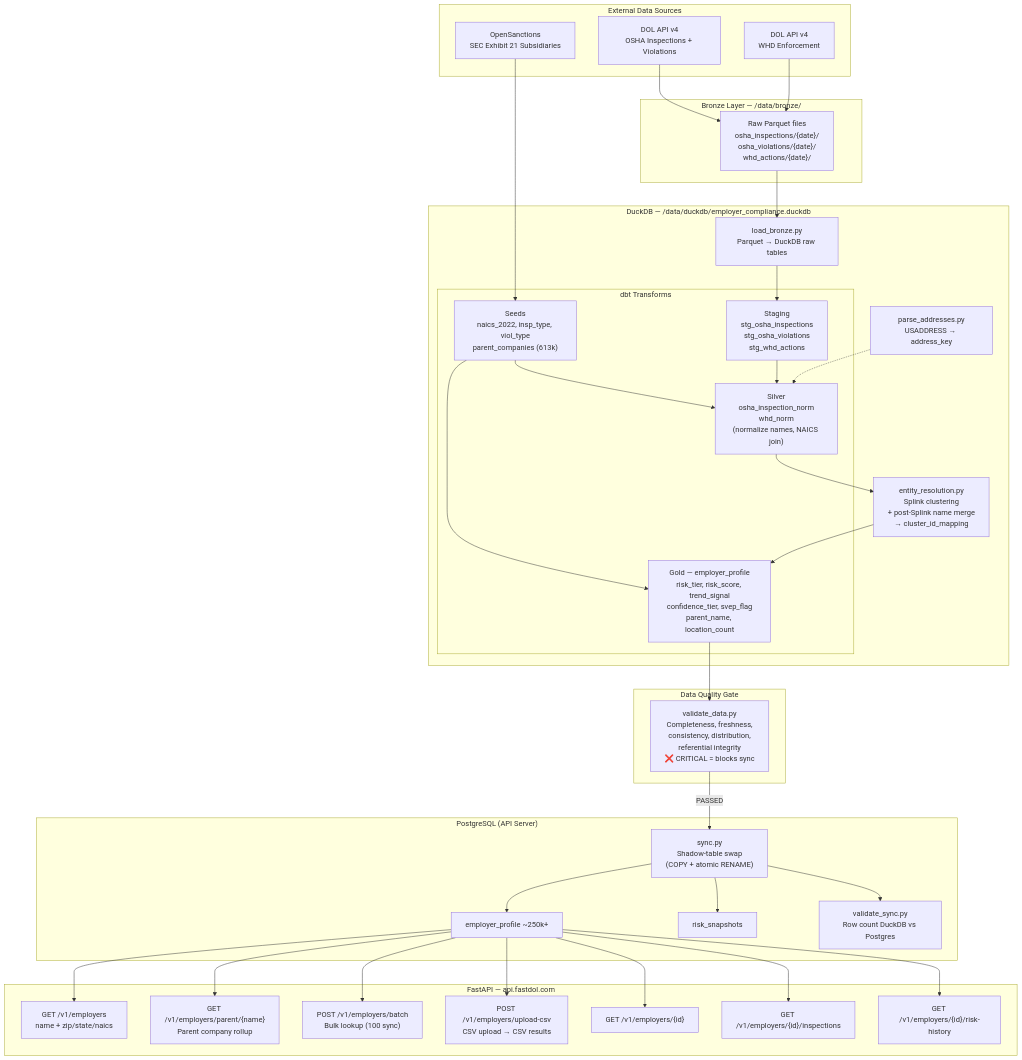
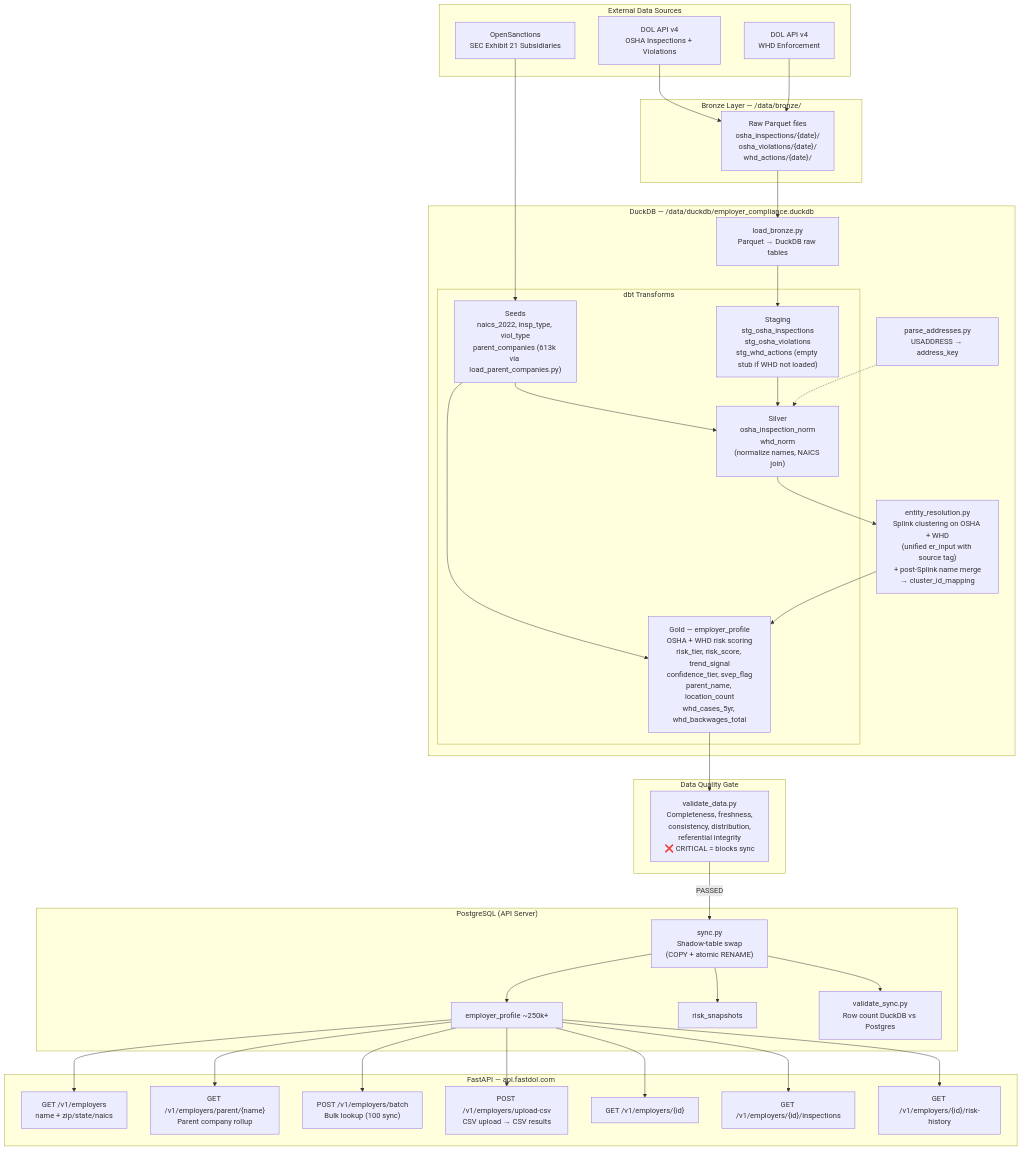
Before and after one commit to chillbot-io/workplace_compliance: the diagram in PIPELINE_ARCHITECTURE.md, drawn with Mermaid. The commit also changed other lines of this file, not shown here.

First line of the commit message:
Update PIPELINE_ARCHITECTURE.md with WHD entity resolution + risk scoring

````diff
--- a/PIPELINE_ARCHITECTURE.md
+++ b/PIPELINE_ARCHITECTURE.md
@@ -15,65 +15,65 @@
 ```mermaid
 flowchart TB
     subgraph Sources["External Data Sources"]
         DOL_OSHA["DOL API v4<br/>OSHA Inspections + Violations"]
         DOL_WHD["DOL API v4<br/>WHD Enforcement"]
         SEC_EX21["OpenSanctions<br/>SEC Exhibit 21 Subsidiaries"]
     end
 
     subgraph Bronze["Bronze Layer — /data/bronze/"]
         B_PARQUET["Raw Parquet files<br/>osha_inspections/{date}/<br/>osha_violations/{date}/<br/>whd_actions/{date}/"]
     end
 
     subgraph DuckDB["DuckDB — /data/duckdb/employer_compliance.duckdb"]
         LOAD["load_bronze.py<br/>Parquet → DuckDB raw tables"]
         PARSE["parse_addresses.py<br/>USADDRESS → address_key"]
 
         subgraph dbt["dbt Transforms"]
-            SEEDS["Seeds<br/>naics_2022, insp_type, viol_type<br/>parent_companies (613k)"]
-            STAGING["Staging<br/>stg_osha_inspections<br/>stg_osha_violations<br/>stg_whd_actions"]
+            SEEDS["Seeds<br/>naics_2022, insp_type, viol_type<br/>parent_companies (613k via load_parent_companies.py)"]
+            STAGING["Staging<br/>stg_osha_inspections<br/>stg_osha_violations<br/>stg_whd_actions (empty stub if WHD not loaded)"]
             SILVER["Silver<br/>osha_inspection_norm<br/>whd_norm<br/>(normalize names, NAICS join)"]
-            GOLD["Gold — employer_profile<br/>risk_tier, risk_score, trend_signal<br/>confidence_tier, svep_flag<br/>parent_name, location_count"]
+            GOLD["Gold — employer_profile<br/>OSHA + WHD risk scoring<br/>risk_tier, risk_score, trend_signal<br/>confidence_tier, svep_flag<br/>parent_name, location_count<br/>whd_cases_5yr, whd_backwages_total"]
         end
 
-        SPLINK["entity_resolution.py<br/>Splink clustering<br/>+ post-Splink name merge<br/>→ cluster_id_mapping"]
+        SPLINK["entity_resolution.py<br/>Splink clustering on OSHA + WHD<br/>(unified er_input with source tag)<br/>+ post-Splink name merge<br/>→ cluster_id_mapping"]
     end
 
     subgraph QualityGate["Data Quality Gate"]
         DQ["validate_data.py<br/>Completeness, freshness,<br/>consistency, distribution,<br/>referential integrity<br/>❌ CRITICAL = blocks sync"]
     end
 
     subgraph Postgres["PostgreSQL (API Server)"]
         SYNC["sync.py<br/>Shadow-table swap<br/>(COPY + atomic RENAME)"]
         EP["employer_profile ~250k+"]
         RS["risk_snapshots"]
         VALIDATE_SYNC["validate_sync.py<br/>Row count DuckDB vs Postgres"]
     end
 
     subgraph API["FastAPI — api.fastdol.com"]
         SEARCH["GET /v1/employers<br/>name + zip/state/naics"]
         PARENT["GET /v1/employers/parent/{name}<br/>Parent company rollup"]
         BATCH["POST /v1/employers/batch<br/>Bulk lookup (100 sync)"]
         UPLOAD["POST /v1/employers/upload-csv<br/>CSV upload → CSV results"]
         DETAIL["GET /v1/employers/{id}"]
         INSPECT["GET /v1/employers/{id}/inspections"]
         RISK["GET /v1/employers/{id}/risk-history"]
     end
 
     DOL_OSHA --> B_PARQUET
     DOL_WHD --> B_PARQUET
     SEC_EX21 --> SEEDS
 
     B_PARQUET --> LOAD --> STAGING
     SEEDS --> SILVER
     SEEDS --> GOLD
     STAGING --> SILVER
     PARSE -.-> SILVER
     SILVER --> SPLINK --> GOLD
 
     GOLD --> DQ
     DQ -->|PASSED| SYNC
     SYNC --> EP & RS
     SYNC --> VALIDATE_SYNC
 
     EP --> SEARCH & PARENT & BATCH & UPLOAD & DETAIL & INSPECT & RISK
 ```
````
